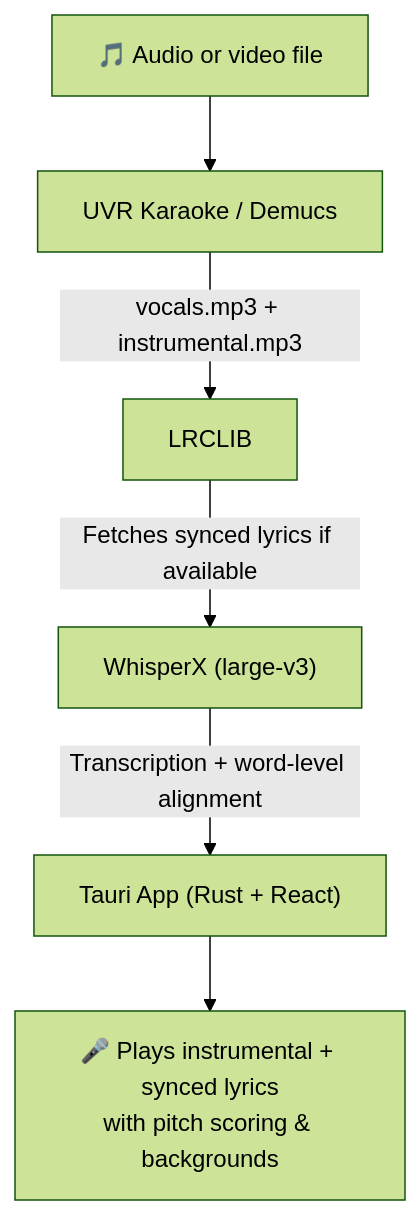
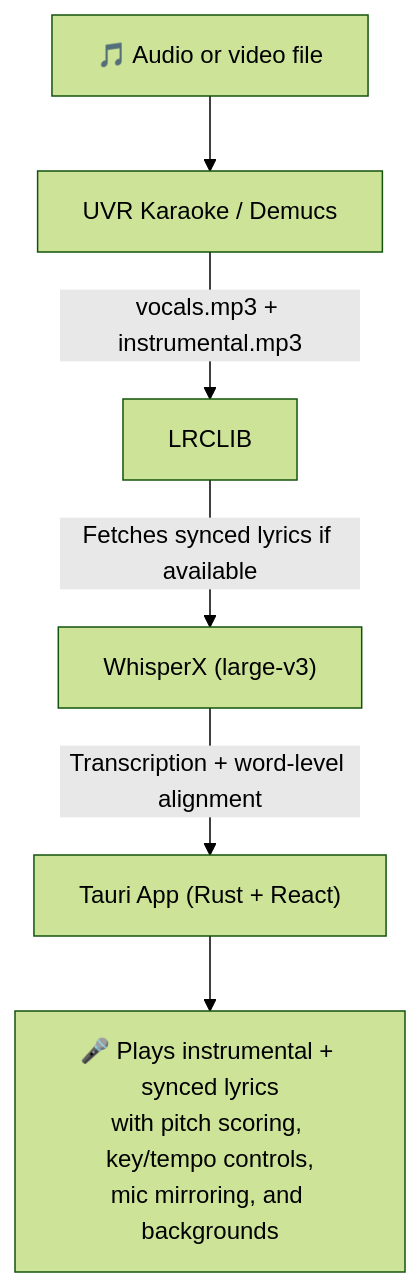
One commit to goharahmed/nightingale changed the diagram in site/docs/src/how-it-works.md. Above: the diagram before and after it, drawn with Mermaid (forest theme). The commit also changed other lines of this file and 15 other files, not shown here.

```diff
--- a/site/docs/src/how-it-works.md
+++ b/site/docs/src/how-it-works.md
@@ -7,8 +7,8 @@
 <pre class="mermaid">
 flowchart TD
     A["🎵 Audio or video file"] --> B["UVR Karaoke / Demucs"]
     B --> |"vocals.mp3 + instrumental.mp3"| C["LRCLIB"]
     C --> |"Fetches synced lyrics if available"| D["WhisperX (large-v3)"]
     D --> |"Transcription + word-level alignment"| E["Tauri App (Rust + React)"]
-    E --> F["🎤 Plays instrumental + synced lyrics\nwith pitch scoring & backgrounds"]
+    E --> F["🎤 Plays instrumental + synced lyrics\nwith pitch scoring, key/tempo controls,\nmic mirroring, and backgrounds"]
 </pre>
```
